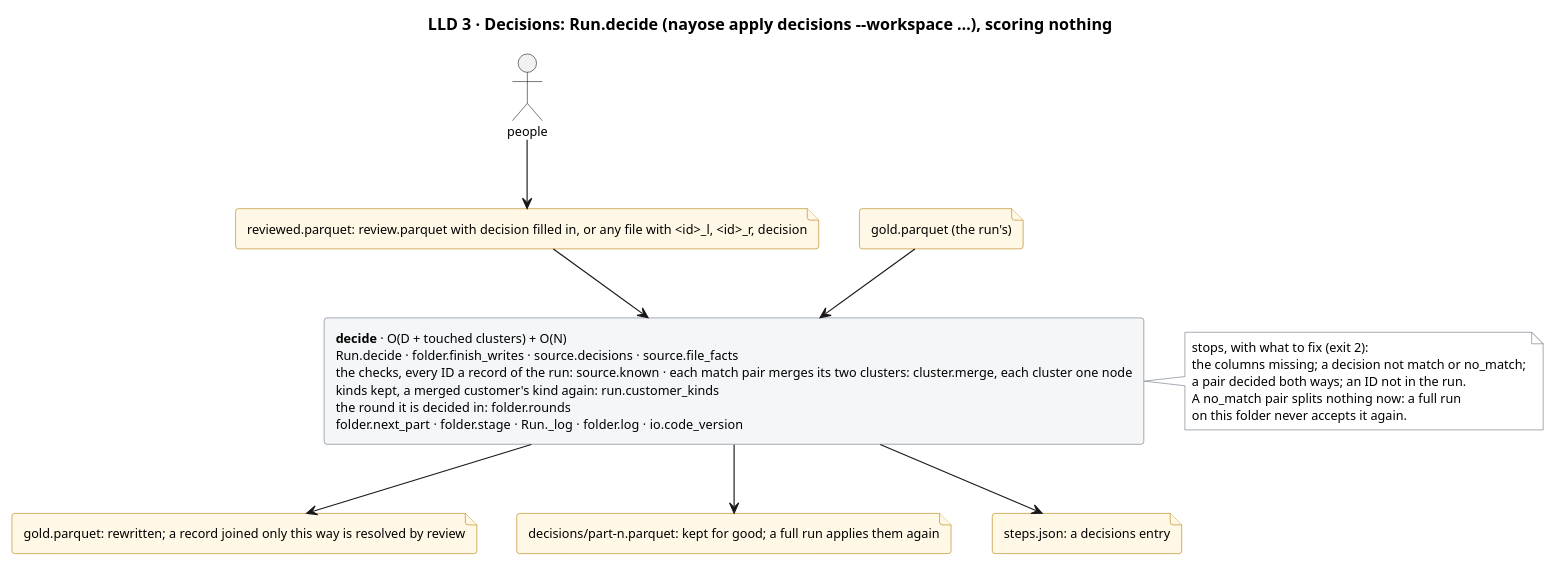
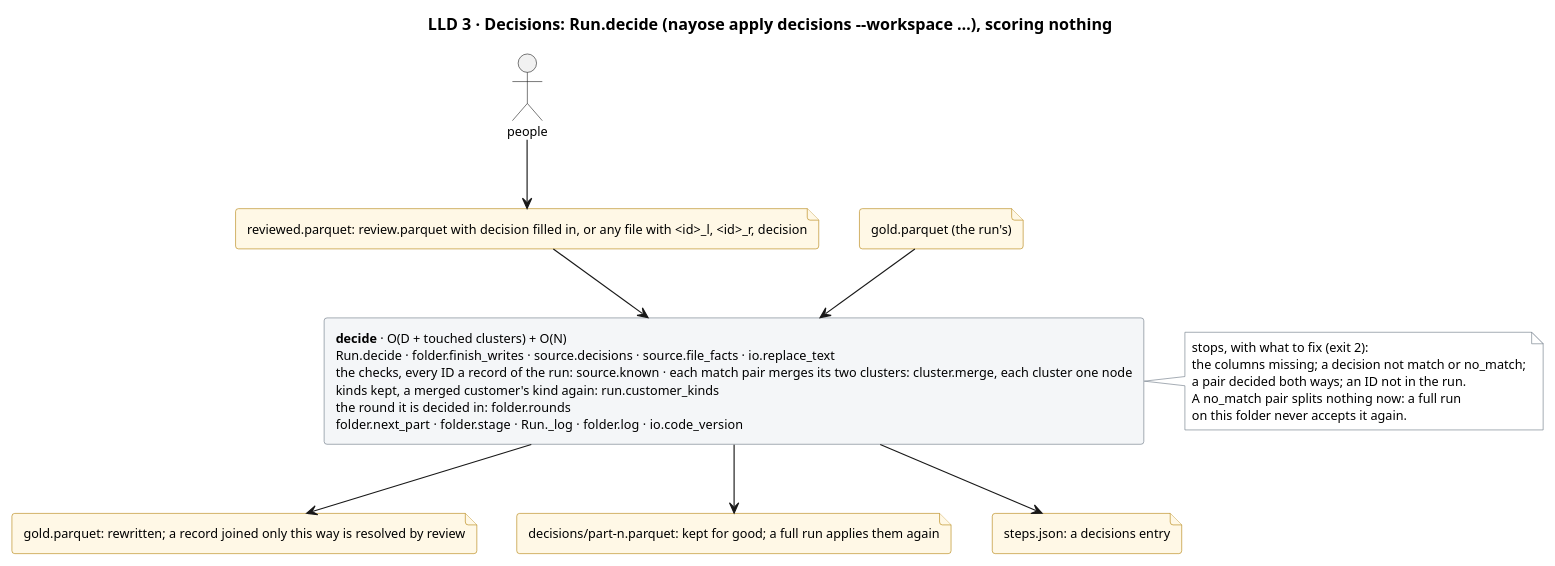
One commit to mvsbm/entity_matching changed the diagram in docs/diagrams/decisions.puml. Above: the diagram before and after it, drawn with PlantUML. The commit also changed 31 other files, not shown here.

```diff
--- a/docs/diagrams/decisions.puml
+++ b/docs/diagrams/decisions.puml
@@ -1,41 +1,41 @@
 @startuml decisions
 title LLD 3 · Decisions: Run.decide (nayose apply decisions ~--workspace …), scoring nothing
 skinparam defaultFontSize 11
 skinparam rectangle {
   BackgroundColor #F4F6F8
   BorderColor #65717E
 }
 skinparam file {
   BackgroundColor #FFF8E6
   BorderColor #B07D00
 }
 skinparam note {
   BackgroundColor #FFFFFF
   BorderColor #65717E
 }
 
 actor "people" as people
 file "reviewed.parquet: review.parquet with decision filled in, or any file with <id>_l, <id>_r, decision" as f_decided
 file "gold.parquet (the run's)" as f_gold_in
 
-rectangle "<b>decide</b> · O(D + touched clusters) + O(N)\nRun.decide · folder.finish_writes · source.decisions · source.file_facts\nthe checks, every ID a record of the run: source.known · each match pair merges its two clusters: cluster.merge, each cluster one node\nkinds kept, a merged customer's kind again: run.customer_kinds\nthe round it is decided in: folder.rounds\nfolder.next_part · folder.stage · Run._log · folder.log · io.code_version" as decide
+rectangle "<b>decide</b> · O(D + touched clusters) + O(N)\nRun.decide · folder.finish_writes · source.decisions · source.file_facts · io.replace_text\nthe checks, every ID a record of the run: source.known · each match pair merges its two clusters: cluster.merge, each cluster one node\nkinds kept, a merged customer's kind again: run.customer_kinds\nthe round it is decided in: folder.rounds\nfolder.next_part · folder.stage · Run._log · folder.log · io.code_version" as decide
 
 note right of decide
   stops, with what to fix (exit 2):
   the columns missing; a decision not match or no_match;
   a pair decided both ways; an ID not in the run.
   A no_match pair splits nothing now: a full run
   on this folder never accepts it again.
 end note
 
 file "gold.parquet: rewritten; a record joined only this way is resolved by review" as f_gold_out
 file "decisions/part-n.parquet: kept for good; a full run applies them again" as f_kept
 file "steps.json: a decisions entry" as f_steps
 
 people --> f_decided
 f_decided --> decide
 f_gold_in --> decide
 decide --> f_gold_out
 decide --> f_kept
 decide --> f_steps
 @enduml
```
